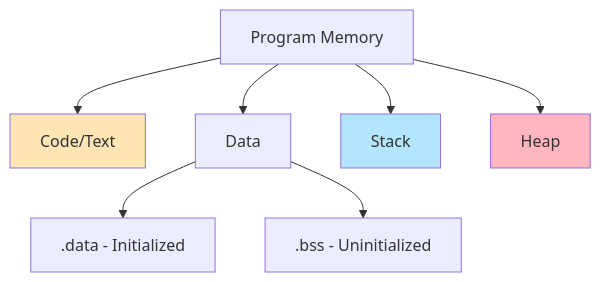
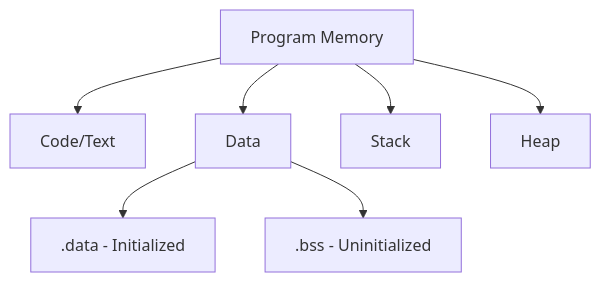
One commit to AndriiSonsiadlo/knowledge-base changed the diagram in docs/programming/cpp/05-memory-and-object-lifetime/memory-model-overview.md. Above: the diagram before and after it, drawn with Mermaid. The commit also changed 8 other files, not shown here.

Commit message:
style (C++): theme-agnostic diagrams in memory, pointers and OOP docs

````diff
--- a/docs/programming/cpp/05-memory-and-object-lifetime/memory-model-overview.md
+++ b/docs/programming/cpp/05-memory-and-object-lifetime/memory-model-overview.md
@@ -20,14 +20,11 @@
 ```mermaid
 graph TD
     A[Program Memory] --> B[Code/Text]
     A --> C[Data]
     A --> D[Stack]
     A --> E[Heap]
     
     C --> F[.data - Initialized]
     C --> G[.bss - Uninitialized]
     
-    style B fill:#FFE5B4
-    style D fill:#B4E5FF
-    style E fill:#FFB6C1
 ```
````
